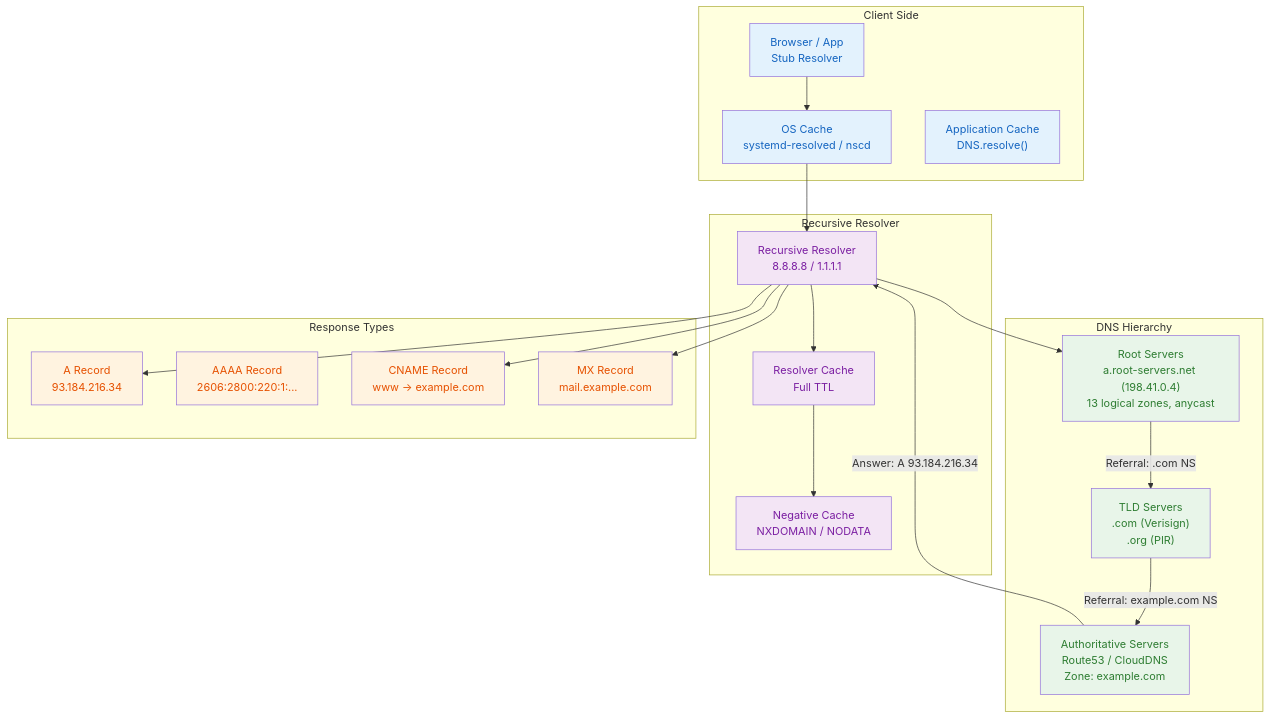
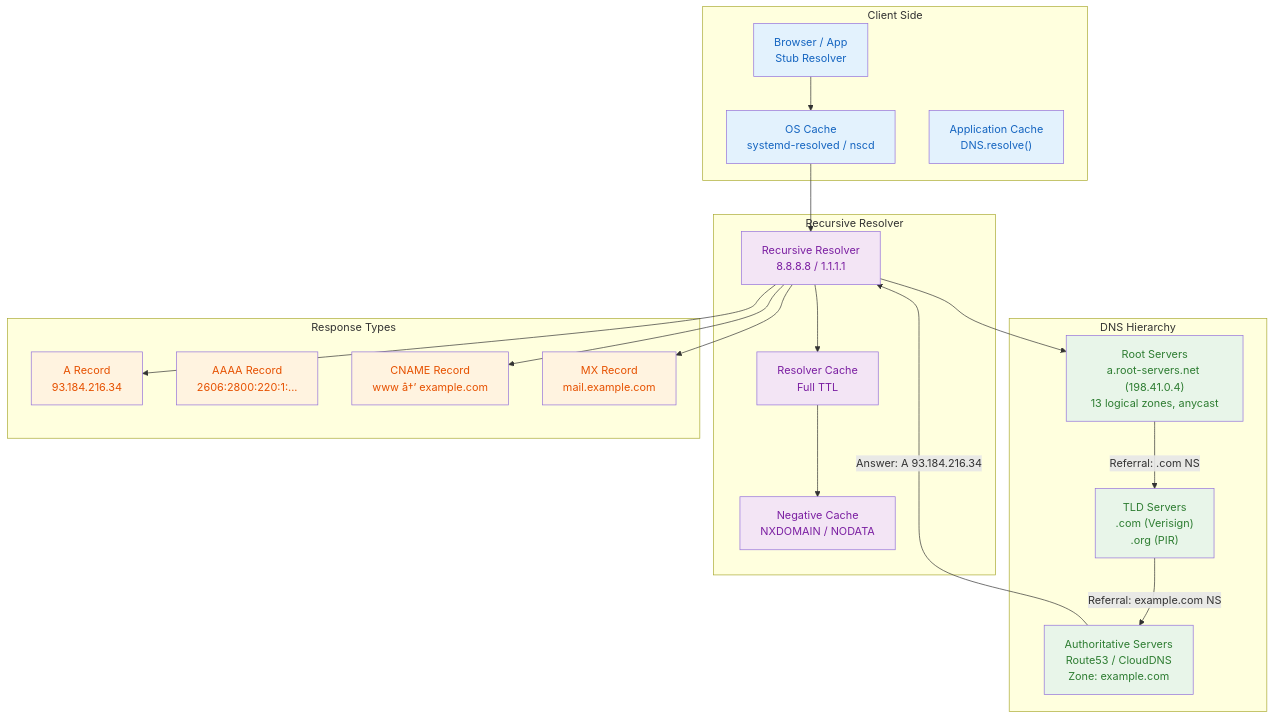
One commit to Raushan666java/ai-engineering-journey changed the sixth of 6 diagrams in docs/courses/system-design/15-cdn-dns-edge.md. Above: the diagram before and after it, drawn with Mermaid. The commit also changed other lines of this file and 735 other files, not shown here.

````diff
--- a/docs/courses/system-design/15-cdn-dns-edge.md
+++ b/docs/courses/system-design/15-cdn-dns-edge.md
@@ -1158,45 +1158,45 @@
 ```mermaid
 flowchart TB
     subgraph CLIENT["Client Side"]
         BROWSER["Browser / App<br/>Stub Resolver"]
         OS_CACHE["OS Cache<br/>systemd-resolved / nscd"]
         APP_CACHE["Application Cache<br/>DNS.resolve()"]
     end
 
     subgraph RECURSIVE["Recursive Resolver"]
         RESOLVER["Recursive Resolver<br/>8.8.8.8 / 1.1.1.1"]
         RES_CACHE["Resolver Cache<br/>Full TTL"]
         NEG_CACHE["Negative Cache<br/>NXDOMAIN / NODATA"]
     end
 
     subgraph HIERARCHY["DNS Hierarchy"]
         ROOT["Root Servers<br/>a.root-servers.net (198.41.0.4)<br/>13 logical zones, anycast"]
         TLD["TLD Servers<br/>.com (Verisign)<br/>.org (PIR)"]
         AUTH["Authoritative Servers<br/>Route53 / CloudDNS<br/>Zone: example.com"]
     end
 
     subgraph RESPONSE["Response Types"]
         A_REC["A Record<br/>93.184.216.34"]
         AAAA_REC["AAAA Record<br/>2606:2800:220:1:..."]
-        CNAME_REC["CNAME Record<br/>www → example.com"]
+        CNAME_REC["CNAME Record<br/>www â†’ example.com"]
         MX_REC["MX Record<br/>mail.example.com"]
     end
 
     BROWSER --> OS_CACHE --> RESOLVER
     RESOLVER --> RES_CACHE
     RES_CACHE --> NEG_CACHE
     RESOLVER --> ROOT
     ROOT -->|"Referral: .com NS"| TLD
     TLD -->|"Referral: example.com NS"| AUTH
     AUTH -->|"Answer: A 93.184.216.34"| RESOLVER
     RESOLVER --> A_REC & CNAME_REC & MX_REC
 
     classDef client fill:#E3F2FD,color:#1565C0
     classDef rec fill:#F3E5F5,color:#7B1FA2
     classDef hier fill:#E8F5E9,color:#2E7D32
     classDef resp fill:#FFF3E0,color:#E65100
     class BROWSER,OS_CACHE,APP_CACHE client
     class RESOLVER,RES_CACHE,NEG_CACHE rec
     class ROOT,TLD,AUTH hier
     class A_REC,AAAA_REC,CNAME_REC,MX_REC resp
 ```
````
